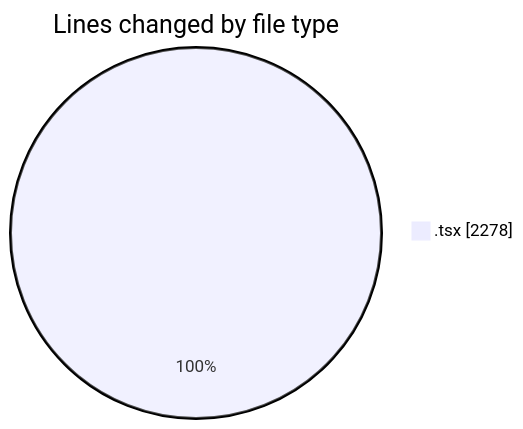
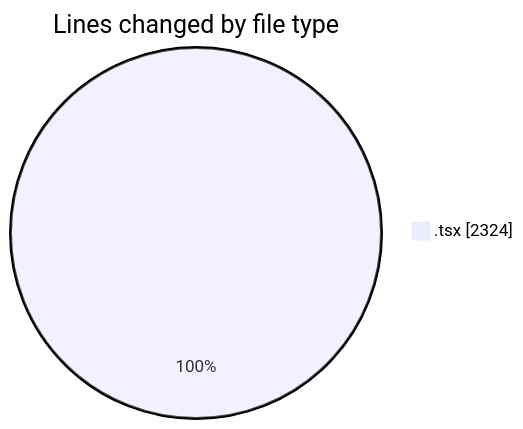
Before and after one commit to momahboobian/code-tracking: the first of 2 diagrams in 2025-06-13/cda/README.md, drawn with Mermaid. The commit also changed other lines of this file and 1 other file, not shown here.

````diff
--- a/2025-06-13/cda/README.md
+++ b/2025-06-13/cda/README.md
@@ -25,5 +25,5 @@
 ```mermaid
 pie showData
 title Lines changed by file type
-".tsx" : 2278
+".tsx" : 2324
 ```
````
